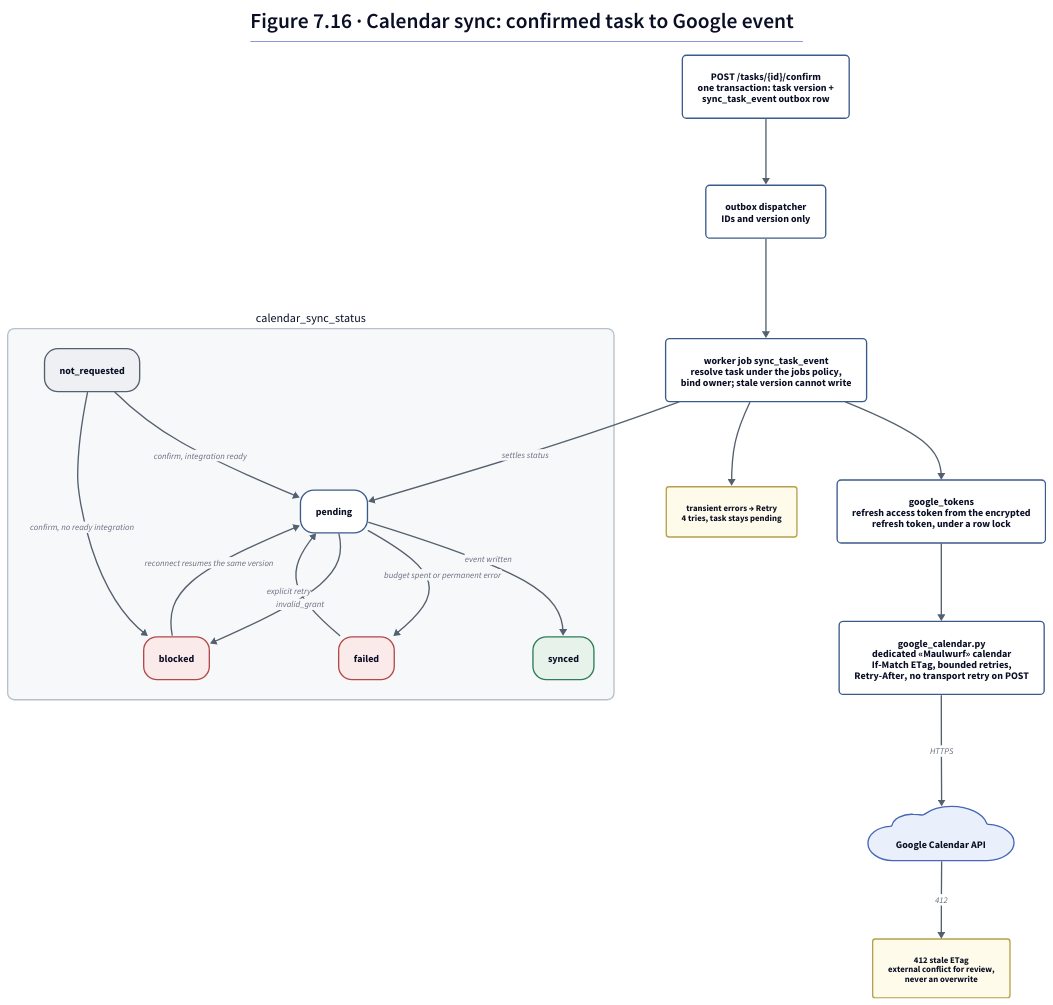
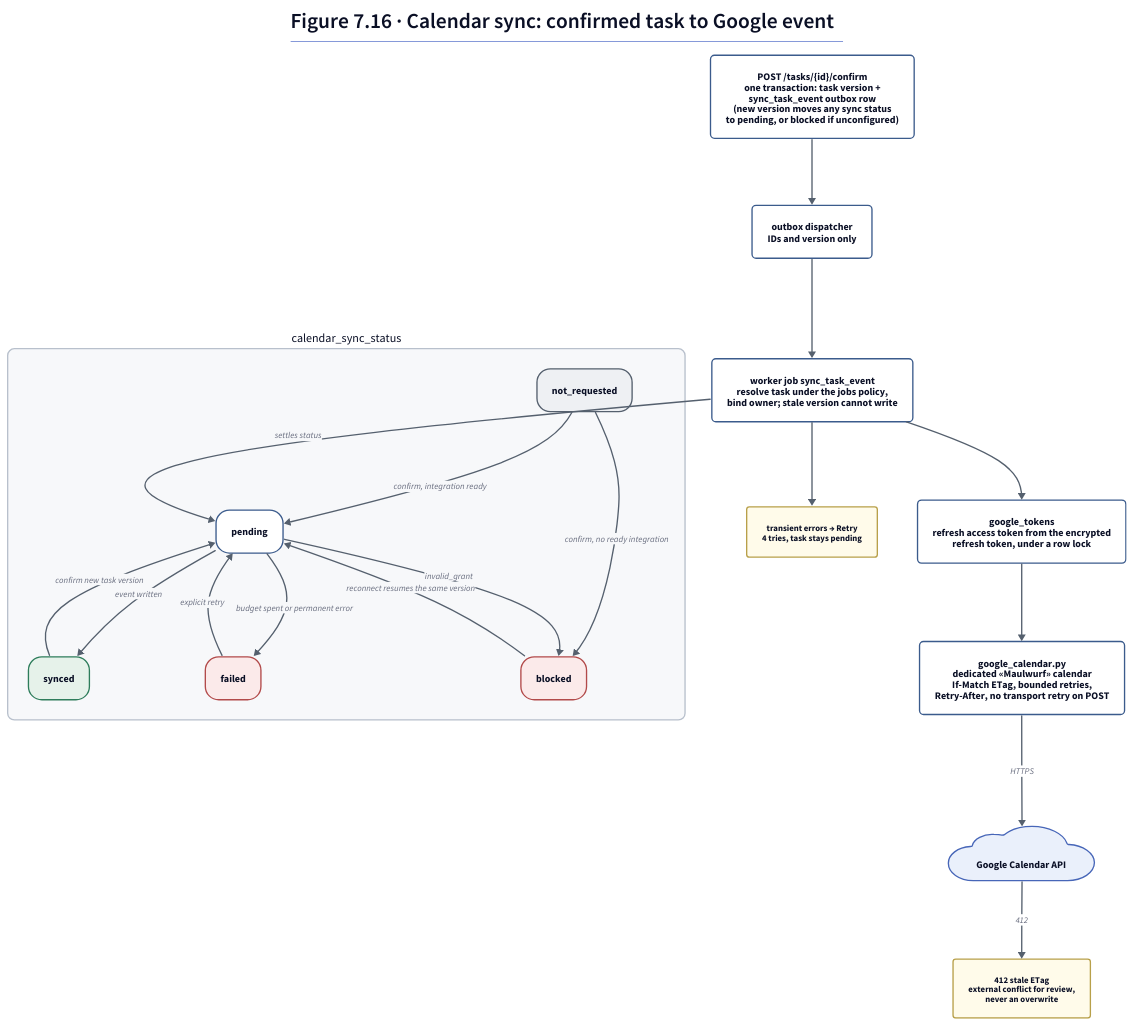
Before and after one commit to Nigrumhodo/Maulwurf: the diagram in Workshop-2/assets/diagrams/16-calendar-sync.d2, drawn with D2. The commit also changed 14 other files, not shown here.

```diff
--- a/Workshop-2/assets/diagrams/16-calendar-sync.d2
+++ b/Workshop-2/assets/diagrams/16-calendar-sync.d2
@@ -1,137 +1,138 @@
 title: |md
   # Figure 7.16 · Calendar sync: confirmed task to Google event
 | {near: top-center}
 
 direction: down
 
 classes: {
   zone: {
     style: {
       fill: "#F7F8FA"
       stroke: "#B8C0CC"
       border-radius: 10
       font-size: 18
     }
   }
   svc: {
     style: {
       fill: "#FFFFFF"
       stroke: "#3B5B8C"
       border-radius: 6
       font-size: 15
     }
   }
   ephemeral: {
     style: {
       fill: "#FFF3D6"
       stroke: "#B26A00"
       border-radius: 6
       font-size: 15
     }
   }
   store: {
     shape: cylinder
     style: {
       fill: "#E6F2EA"
       stroke: "#2E7D5B"
       font-size: 15
     }
   }
   bus: {
     shape: queue
     style: {
       fill: "#E6F2EA"
       stroke: "#2E7D5B"
       font-size: 15
     }
   }
   external: {
     shape: cloud
     style: {
       fill: "#EAF0FB"
       stroke: "#4766B8"
       font-size: 15
     }
   }
   flow: {
     style: {
       stroke: "#55606E"
       font-size: 13
     }
   }
   state: {
     style: {
       fill: "#FFFFFF"
       stroke: "#3B5B8C"
       border-radius: 20
       font-size: 15
     }
   }
   ok: {
     style: {
       fill: "#E6F2EA"
       stroke: "#2E7D5B"
       border-radius: 20
       font-size: 15
     }
   }
   bad: {
     style: {
       fill: "#FBEAEA"
       stroke: "#B24A4A"
       border-radius: 20
       font-size: 15
     }
   }
   neutral: {
     style: {
       fill: "#EEF0F3"
       stroke: "#55606E"
       border-radius: 20
       font-size: 15
     }
   }
   note: {
     style: {
       fill: "#FFFBEA"
       stroke: "#B8A04A"
       border-radius: 4
       font-size: 13
     }
   }
 }
 
 
 st: "calendar_sync_status" {
   class: zone
   nr: "not_requested" {class: neutral}
   pe: "pending" {class: state}
   sy: "synced" {class: ok}
   fa: "failed" {class: bad}
   bl: "blocked" {class: bad}
   nr -> pe: "confirm, integration ready" {class: flow}
   nr -> bl: "confirm, no ready integration" {class: flow}
   pe -> sy: "event written" {class: flow}
   pe -> fa: "budget spent or permanent error" {class: flow}
   pe -> bl: "invalid_grant" {class: flow}
   bl -> pe: "reconnect resumes the same version" {class: flow}
   fa -> pe: "explicit retry" {class: flow}
+  sy -> pe: "confirm new task version" {class: flow}
 }
 
-confirm: "POST /tasks/{id}/confirm\none transaction: task version +\nsync_task_event outbox row" {class: svc}
+confirm: "POST /tasks/{id}/confirm\none transaction: task version +\nsync_task_event outbox row\n(new version moves any sync status\nto pending, or blocked if unconfigured)" {class: svc}
 disp: "outbox dispatcher\nIDs and version only" {class: svc}
 job: "worker job sync_task_event\nresolve task under the jobs policy,\nbind owner; stale version cannot write" {class: svc}
 tok: "google_tokens\nrefresh access token from the encrypted\nrefresh token, under a row lock" {class: svc}
 gw: "google_calendar.py\ndedicated «Maulwurf» calendar\nIf-Match ETag, bounded retries,\nRetry-After, no transport retry on POST" {class: svc}
 gcal: "Google Calendar API" {class: external}
 conflict: "412 stale ETag\nexternal conflict for review,\nnever an overwrite" {class: note}
 retry: "transient errors → Retry\n4 tries, task stays pending" {class: note}
 
 confirm -> disp {class: flow}
 disp -> job {class: flow}
 job -> tok {class: flow}
 tok -> gw {class: flow}
 gw -> gcal: "HTTPS" {class: flow}
 gcal -> conflict: "412" {class: flow}
 job -> retry {class: flow}
 job -> st.pe: "settles status" {class: flow}
```
